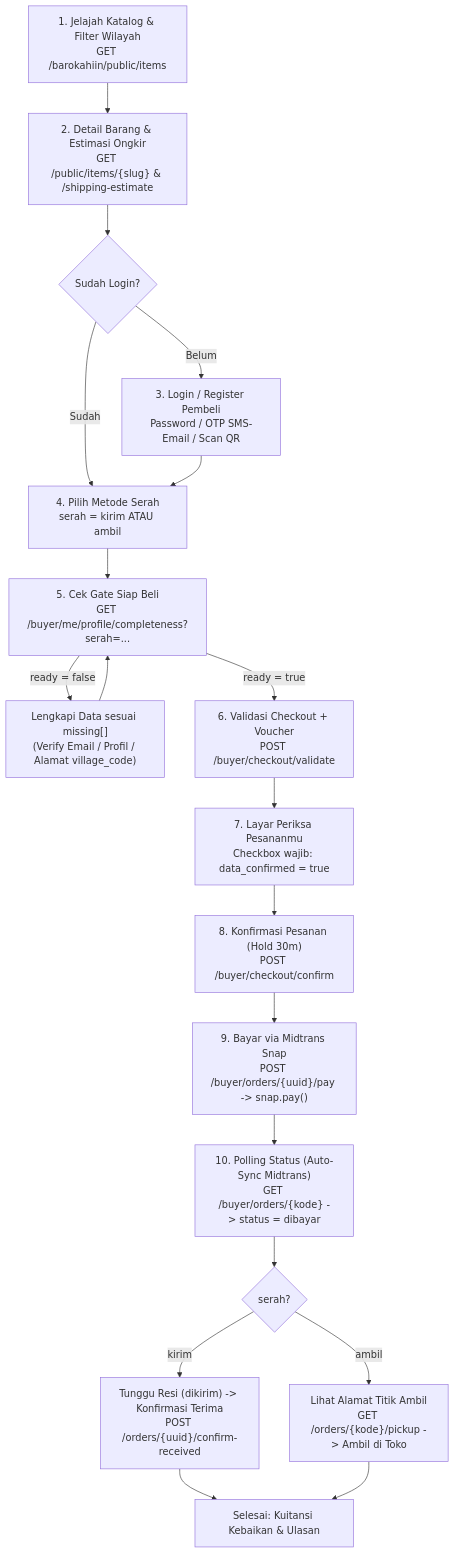
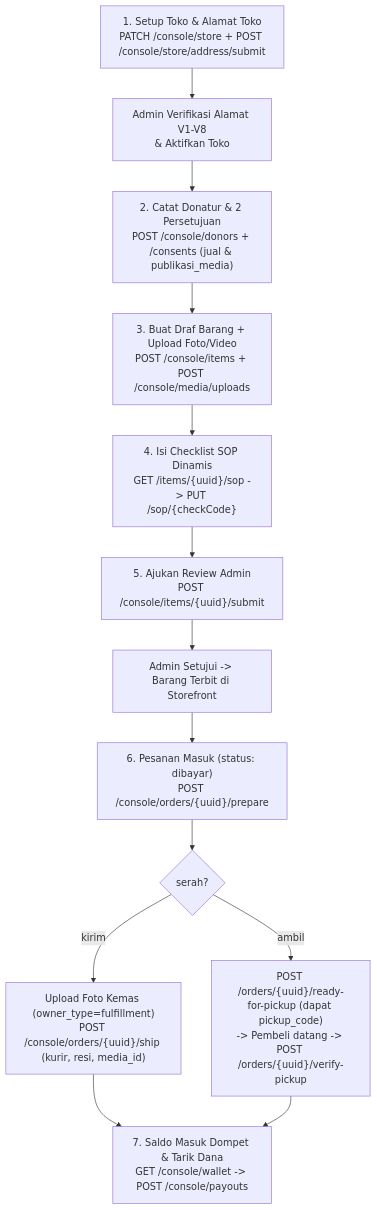
The diagram in docs/BAROKAHIIN_FRONTEND_CONSOLE.md (muhamadnaufan37/eddg-fe-v2), drawn with Mermaid before and after one commit. The commit also changed other lines of this file, not shown here.

Commit message:
feat: add Barokahiin console and admin frontend pages and services

````diff
--- a/docs/BAROKAHIIN_FRONTEND_CONSOLE.md
+++ b/docs/BAROKAHIIN_FRONTEND_CONSOLE.md
@@ -53,21 +42,15 @@
 ```mermaid
 flowchart TD
-    A["1. Jelajah Katalog & Filter Wilayah<br/>GET /barokahiin/public/items"] --> B["2. Detail Barang & Estimasi Ongkir<br/>GET /public/items/{slug} & /shipping-estimate"]
-    B --> C{"Sudah Login?"}
-    C -- Belum --> D["3. Login / Register Pembeli<br/>Password / OTP SMS-Email / Scan QR"]
-    C -- Sudah --> E["4. Pilih Metode Serah<br/>serah = kirim ATAU ambil"]
-    D --> E
-    E --> F["5. Cek Gate Siap Beli<br/>GET /buyer/me/profile/completeness?serah=..."]
-    F -- "ready = false" --> G["Lengkapi Data sesuai missing[]<br/>(Verify Email / Profil / Alamat village_code)"]
-    G --> F
-    F -- "ready = true" --> H["6. Validasi Checkout + Voucher<br/>POST /buyer/checkout/validate"]
-    H --> I["7. Layar Periksa Pesananmu<br/>Checkbox wajib: data_confirmed = true"]
-    I --> J["8. Konfirmasi Pesanan (Hold 30m)<br/>POST /buyer/checkout/confirm"]
-    J --> K["9. Bayar via Midtrans Snap<br/>POST /buyer/orders/{uuid}/pay -> snap.pay()"]
-    K --> L["10. Polling Status (Auto-Sync Midtrans)<br/>GET /buyer/orders/{kode} -> status = dibayar"]
-    L --> M{"serah?"}
-    M -- "kirim" --> N["Tunggu Resi (dikirim) -> Konfirmasi Terima<br/>POST /orders/{uuid}/confirm-received"]
-    M -- "ambil" --> O["Lihat Alamat Titik Ambil<br/>GET /orders/{kode}/pickup -> Ambil di Toko"]
-    N --> P["Selesai: Kuitansi Kebaikan & Ulasan"]
-    O --> P
+    A["1. Setup Toko & Alamat Toko<br/>PATCH /console/store + POST /console/store/address/submit"] --> B["Admin Verifikasi Alamat V1-V8<br/>& Aktifkan Toko"]
+    B --> C["2. Catat Donatur & 2 Persetujuan<br/>POST /console/donors + /consents (jual & publikasi_media)"]
+    C --> D["3. Buat Draf Barang + Upload Foto/Video<br/>POST /console/items + POST /console/media/uploads"]
+    D --> E["4. Isi Checklist SOP Dinamis<br/>GET /items/{uuid}/sop -> PUT /sop/{checkCode}"]
+    E --> F["5. Ajukan Review Admin<br/>POST /console/items/{uuid}/submit"]
+    F --> G["Admin Setujui -> Barang Terbit di Storefront"]
+    G --> H["6. Pesanan Masuk (status: dibayar)<br/>POST /console/orders/{uuid}/prepare"]
+    H --> I{"serah?"}
+    I -- "kirim" --> J["Upload Foto Kemas (owner_type=fulfillment)<br/>POST /console/orders/{uuid}/ship (kurir, resi, media_id)"]
+    I -- "ambil" --> K["POST /orders/{uuid}/ready-for-pickup (dapat pickup_code)<br/>-> Pembeli datang -> POST /orders/{uuid}/verify-pickup"]
+    J --> L["7. Saldo Masuk Dompet & Tarik Dana<br/>GET /console/wallet -> POST /console/payouts"]
+    K --> L
 ```
````
